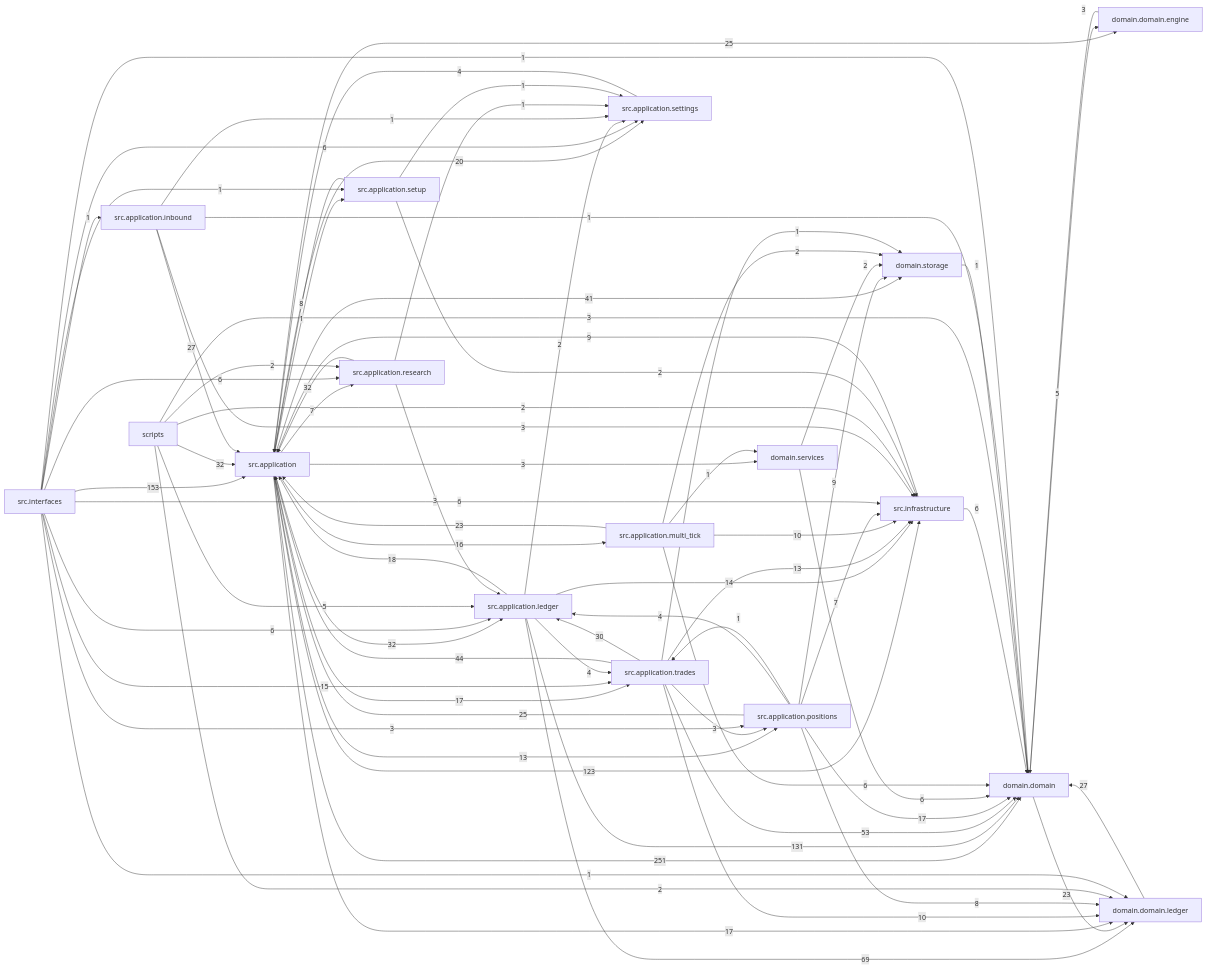
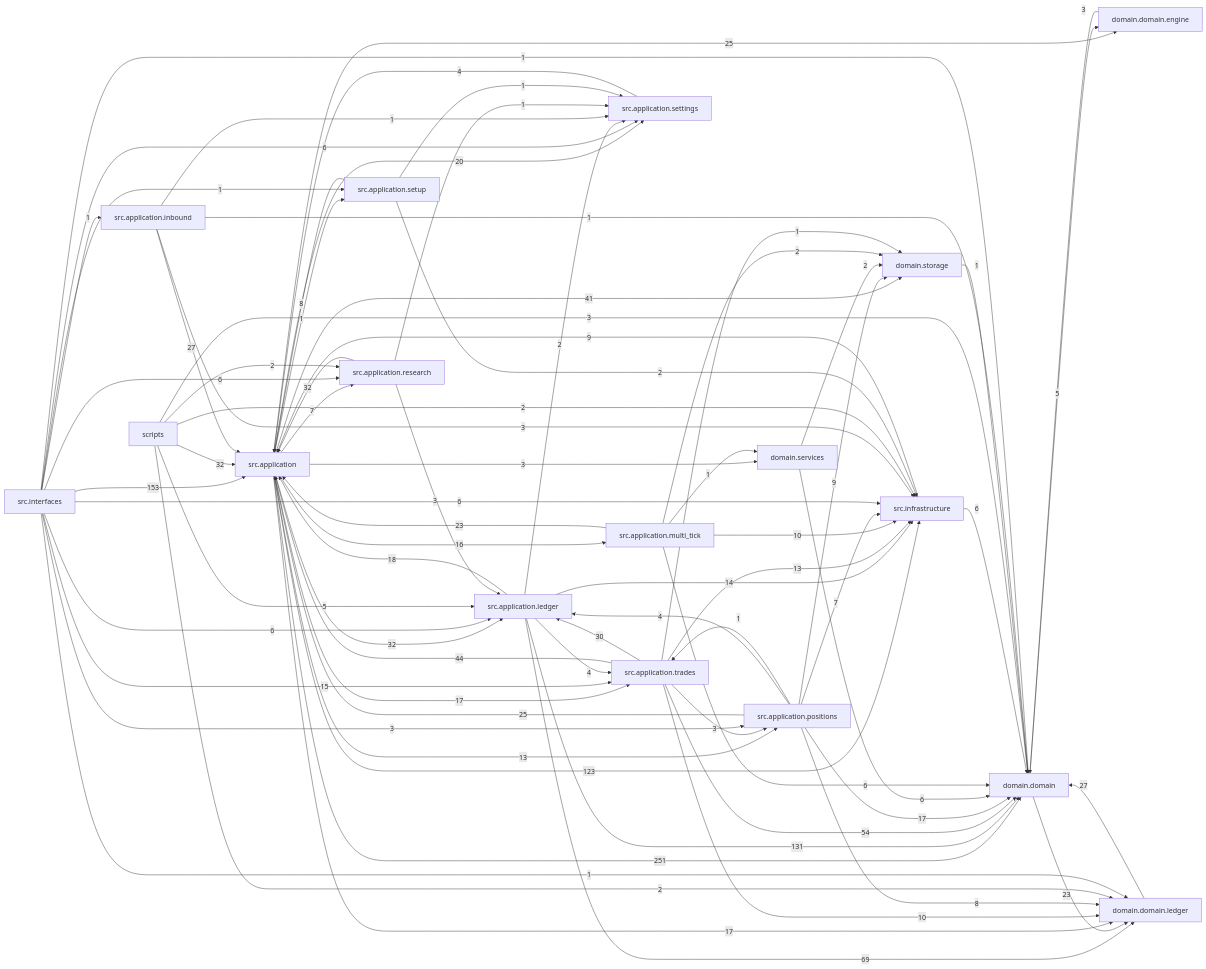
Before and after one commit to liuxie066/options-monitor: the diagram in docs/dependency_graph.mmd, drawn with Mermaid. The commit also changed 6 other files, not shown here.

```diff
--- a/docs/dependency_graph.mmd
+++ b/docs/dependency_graph.mmd
@@ -1,76 +1,76 @@
 flowchart LR
   src_application["src.application"] -->|251| domain_domain["domain.domain"]
   src_interfaces["src.interfaces"] -->|153| src_application["src.application"]
   src_application_ledger["src.application.ledger"] -->|131| domain_domain["domain.domain"]
   src_application["src.application"] -->|123| src_infrastructure["src.infrastructure"]
   src_application_ledger["src.application.ledger"] -->|69| domain_domain_ledger["domain.domain.ledger"]
-  src_application_trades["src.application.trades"] -->|53| domain_domain["domain.domain"]
+  src_application_trades["src.application.trades"] -->|54| domain_domain["domain.domain"]
   src_application_trades["src.application.trades"] -->|44| src_application["src.application"]
   src_application["src.application"] -->|41| domain_storage["domain.storage"]
   scripts["scripts"] -->|32| src_application["src.application"]
   src_application["src.application"] -->|32| src_application_ledger["src.application.ledger"]
   src_application_research["src.application.research"] -->|32| src_application["src.application"]
   src_application_trades["src.application.trades"] -->|30| src_application_ledger["src.application.ledger"]
   domain_domain_ledger["domain.domain.ledger"] -->|27| domain_domain["domain.domain"]
   src_application_inbound["src.application.inbound"] -->|27| src_application["src.application"]
   src_application["src.application"] -->|25| domain_domain_engine["domain.domain.engine"]
   src_application_positions["src.application.positions"] -->|25| src_application["src.application"]
   domain_domain["domain.domain"] -->|23| domain_domain_ledger["domain.domain.ledger"]
   src_application_multi_tick["src.application.multi_tick"] -->|23| src_application["src.application"]
   src_application["src.application"] -->|20| src_application_settings["src.application.settings"]
   src_application_ledger["src.application.ledger"] -->|18| src_application["src.application"]
   src_application["src.application"] -->|17| domain_domain_ledger["domain.domain.ledger"]
   src_application["src.application"] -->|17| src_application_trades["src.application.trades"]
   src_application_positions["src.application.positions"] -->|17| domain_domain["domain.domain"]
   src_application["src.application"] -->|16| src_application_multi_tick["src.application.multi_tick"]
   src_interfaces["src.interfaces"] -->|15| src_application_trades["src.application.trades"]
   src_application_ledger["src.application.ledger"] -->|14| src_infrastructure["src.infrastructure"]
   src_application["src.application"] -->|13| src_application_positions["src.application.positions"]
   src_application_trades["src.application.trades"] -->|13| src_infrastructure["src.infrastructure"]
   src_application_multi_tick["src.application.multi_tick"] -->|10| src_infrastructure["src.infrastructure"]
   src_application_trades["src.application.trades"] -->|10| domain_domain_ledger["domain.domain.ledger"]
   src_application_positions["src.application.positions"] -->|9| domain_storage["domain.storage"]
   src_infrastructure["src.infrastructure"] -->|9| src_application["src.application"]
   src_application_positions["src.application.positions"] -->|8| domain_domain_ledger["domain.domain.ledger"]
   src_application_setup["src.application.setup"] -->|8| src_application["src.application"]
   src_application["src.application"] -->|7| src_application_research["src.application.research"]
   src_application_positions["src.application.positions"] -->|7| src_infrastructure["src.infrastructure"]
   domain_services["domain.services"] -->|6| domain_domain["domain.domain"]
   src_application_multi_tick["src.application.multi_tick"] -->|6| domain_domain["domain.domain"]
   src_infrastructure["src.infrastructure"] -->|6| domain_domain["domain.domain"]
   src_interfaces["src.interfaces"] -->|6| src_application_ledger["src.application.ledger"]
   src_interfaces["src.interfaces"] -->|6| src_application_research["src.application.research"]
   src_interfaces["src.interfaces"] -->|6| src_application_settings["src.application.settings"]
   src_interfaces["src.interfaces"] -->|6| src_infrastructure["src.infrastructure"]
   domain_domain["domain.domain"] -->|5| domain_domain_engine["domain.domain.engine"]
   scripts["scripts"] -->|5| src_application_ledger["src.application.ledger"]
   src_application_ledger["src.application.ledger"] -->|4| src_application_trades["src.application.trades"]
   src_application_positions["src.application.positions"] -->|4| src_application_ledger["src.application.ledger"]
   src_application_settings["src.application.settings"] -->|4| src_application["src.application"]
   domain_domain_engine["domain.domain.engine"] -->|3| domain_domain["domain.domain"]
   scripts["scripts"] -->|3| domain_domain["domain.domain"]
   src_application["src.application"] -->|3| domain_services["domain.services"]
   src_application_inbound["src.application.inbound"] -->|3| src_infrastructure["src.infrastructure"]
   src_application_research["src.application.research"] -->|3| src_application_ledger["src.application.ledger"]
   src_application_trades["src.application.trades"] -->|3| src_application_positions["src.application.positions"]
   src_interfaces["src.interfaces"] -->|3| src_application_positions["src.application.positions"]
   domain_services["domain.services"] -->|2| domain_storage["domain.storage"]
   scripts["scripts"] -->|2| domain_domain_ledger["domain.domain.ledger"]
   scripts["scripts"] -->|2| src_application_research["src.application.research"]
   scripts["scripts"] -->|2| src_infrastructure["src.infrastructure"]
   src_application_ledger["src.application.ledger"] -->|2| src_application_settings["src.application.settings"]
   src_application_multi_tick["src.application.multi_tick"] -->|2| domain_storage["domain.storage"]
   src_application_setup["src.application.setup"] -->|2| src_infrastructure["src.infrastructure"]
   domain_storage["domain.storage"] -->|1| domain_domain["domain.domain"]
   src_application["src.application"] -->|1| src_application_setup["src.application.setup"]
   src_application_inbound["src.application.inbound"] -->|1| domain_domain["domain.domain"]
   src_application_inbound["src.application.inbound"] -->|1| src_application_settings["src.application.settings"]
   src_application_multi_tick["src.application.multi_tick"] -->|1| domain_services["domain.services"]
   src_application_positions["src.application.positions"] -->|1| src_application_trades["src.application.trades"]
   src_application_research["src.application.research"] -->|1| src_application_settings["src.application.settings"]
   src_application_setup["src.application.setup"] -->|1| src_application_settings["src.application.settings"]
   src_application_trades["src.application.trades"] -->|1| domain_storage["domain.storage"]
   src_interfaces["src.interfaces"] -->|1| domain_domain["domain.domain"]
   src_interfaces["src.interfaces"] -->|1| domain_domain_ledger["domain.domain.ledger"]
   src_interfaces["src.interfaces"] -->|1| src_application_inbound["src.application.inbound"]
   src_interfaces["src.interfaces"] -->|1| src_application_setup["src.application.setup"]
```
